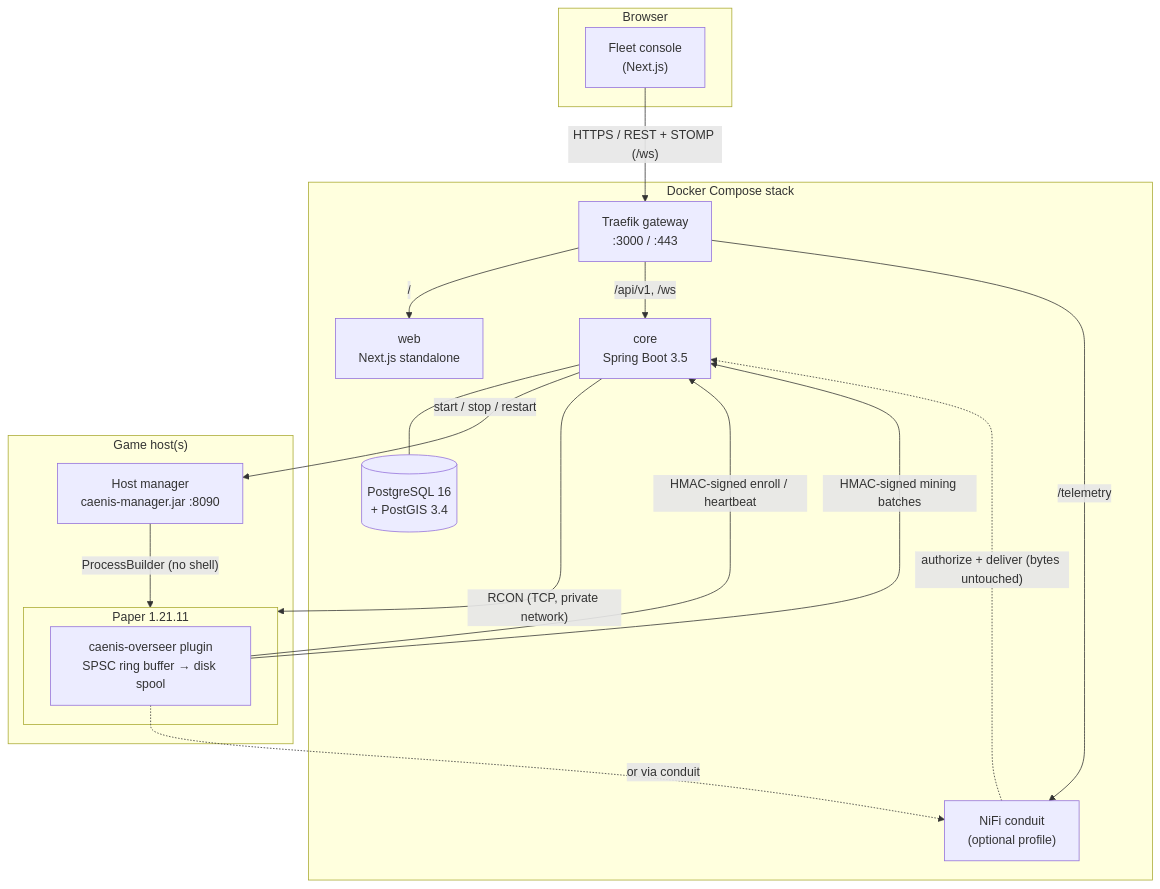
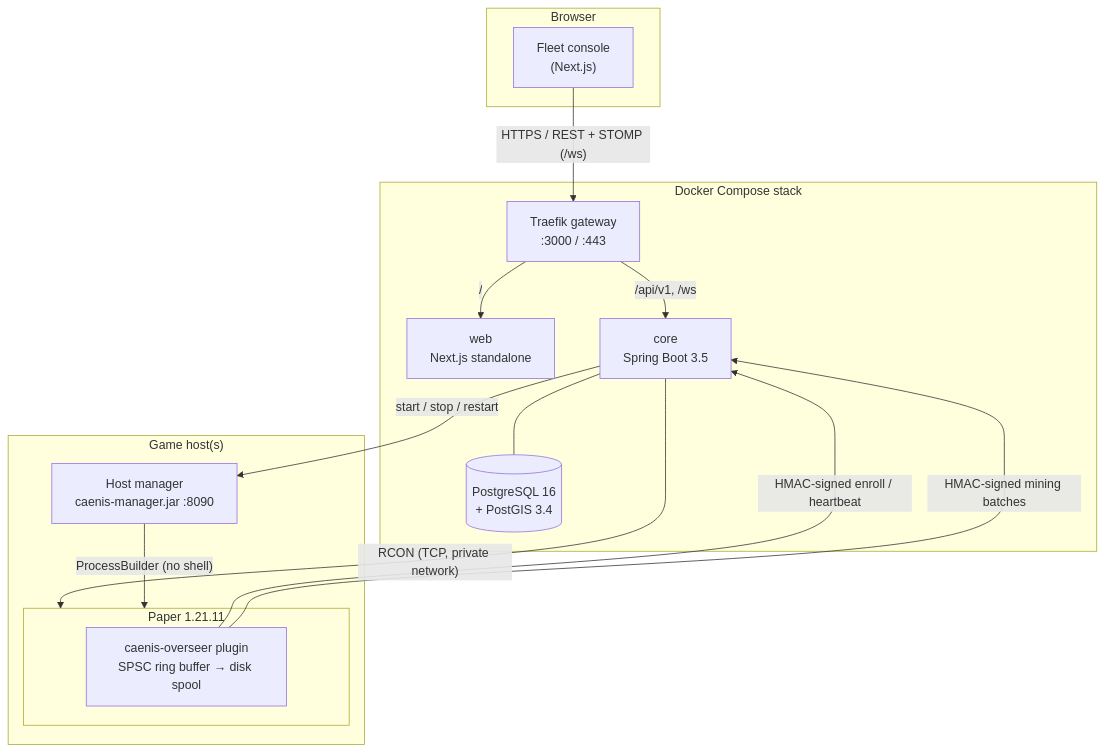
Before and after one commit to VerianCS/CaenisOverseerFleet: the diagram in README.md, drawn with Mermaid. The commit also changed other lines of this file and 64 other files, not shown here.

````diff
--- a/README.md
+++ b/README.md
@@ -60,36 +60,32 @@
 ```mermaid
 flowchart TB
     subgraph Browser
         UI["Fleet console<br/>(Next.js)"]
     end
 
     subgraph Stack["Docker Compose stack"]
         GW["Traefik gateway<br/>:3000 / :443"]
         WEB["web<br/>Next.js standalone"]
         CORE["core<br/>Spring Boot 3.5"]
         DB[("PostgreSQL 16<br/>+ PostGIS 3.4")]
-        NIFI["NiFi conduit<br/>(optional profile)"]
     end
 
     subgraph Host["Game host(s)"]
         MGR["Host manager<br/>caenis-manager.jar :8090"]
         subgraph Paper["Paper 1.21.11"]
             AGENT["caenis-overseer plugin<br/>SPSC ring buffer → disk spool"]
         end
     end
 
     UI -- "HTTPS / REST + STOMP (/ws)" --> GW
     GW -- "/" --> WEB
     GW -- "/api/v1, /ws" --> CORE
-    GW -- "/telemetry" --> NIFI
     CORE --- DB
 
     AGENT -- "HMAC-signed enroll / heartbeat" --> CORE
     AGENT -- "HMAC-signed mining batches" --> CORE
-    AGENT -. "or via conduit" .-> NIFI
-    NIFI -. "authorize + deliver (bytes untouched)" .-> CORE
 
     CORE -- "RCON (TCP, private network)" --> Paper
     CORE -- "start / stop / restart" --> MGR
     MGR -- "ProcessBuilder (no shell)" --> Paper
 ```
````
